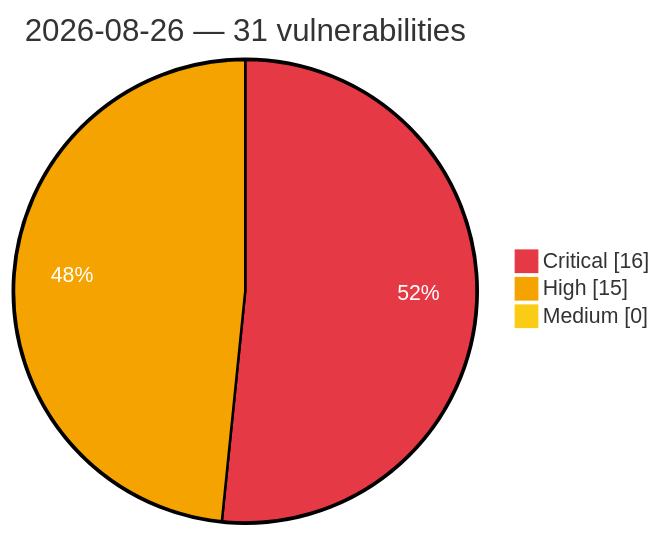
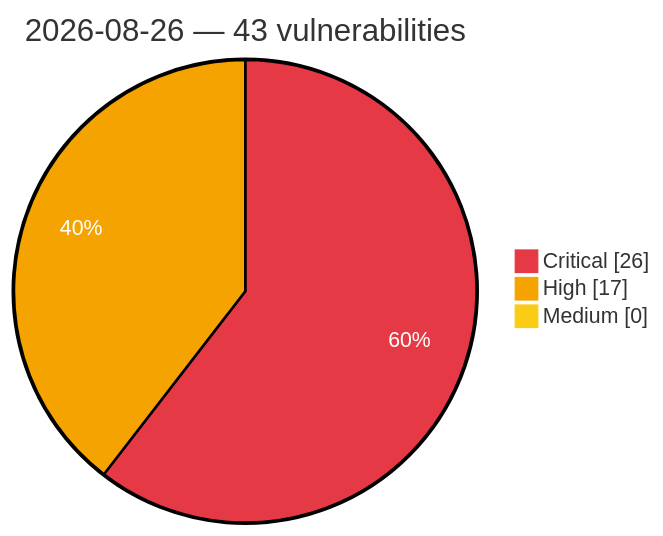
One commit to GhostX0X/vuln-tracker changed the diagram in vulnerabilities/2026/August/2026-08-26.md. Above: the diagram before and after it, drawn with Mermaid. The commit also changed other lines of this file and 5 other files, not shown here.

Commit message:
Auto update: critical/high vulns (2026-08-26 11:44 UTC)

````diff
--- a/vulnerabilities/2026/August/2026-08-26.md
+++ b/vulnerabilities/2026/August/2026-08-26.md
@@ -3,8 +3,8 @@
 ```mermaid
 %%{init: {'theme':'base', 'themeVariables': {'pie1':'#e63946', 'pie2':'#f4a300', 'pie3':'#facc15', 'pieOpacity':'1', 'pieOuterStrokeWidth':'2px', 'pieSectionTextColor':'#ffffff'}}}%%
 pie showData
-    title 2026-08-26 — 31 vulnerabilities
-    "Critical" : 16
-    "High" : 15
+    title 2026-08-26 — 43 vulnerabilities
+    "Critical" : 26
+    "High" : 17
     "Medium" : 0
 ```
````
